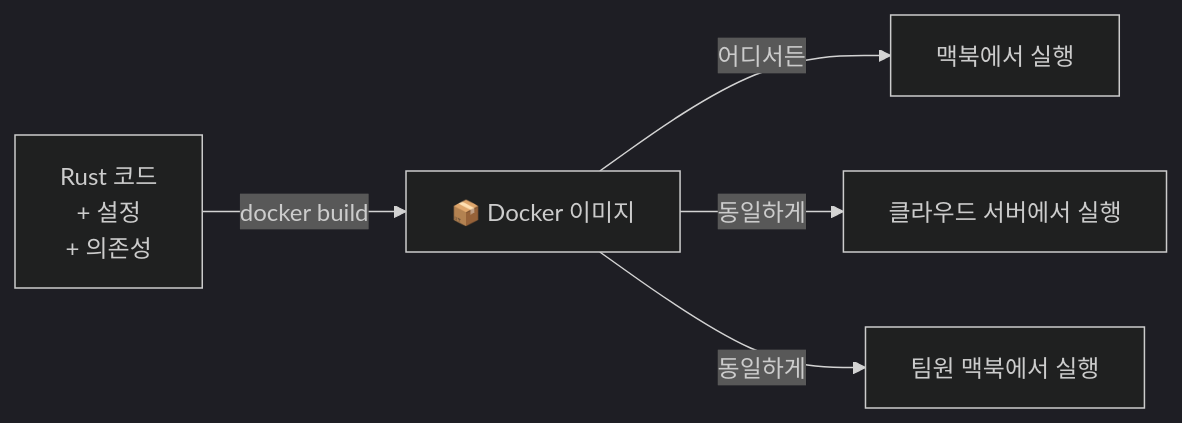
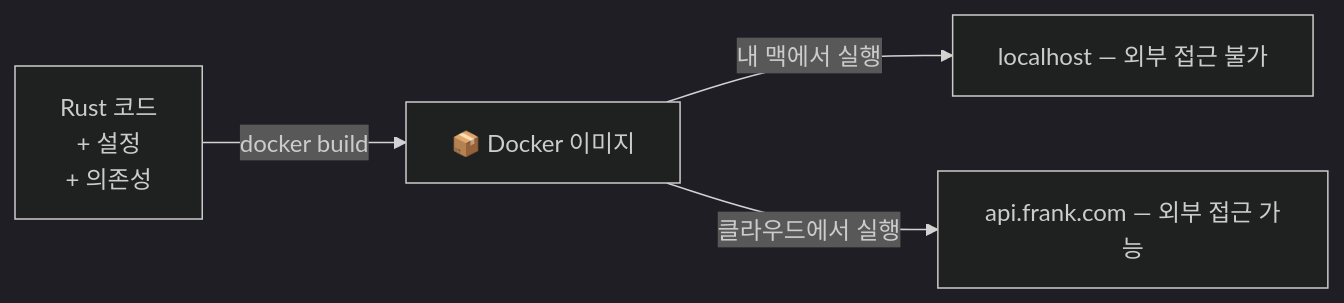
One commit to seungchan2022/frank changed the seventh of 22 diagrams in history/260408_개념정리.md. Above: the diagram before and after it, drawn with Mermaid (dark theme). The commit also changed other lines of this file and 3 other files, not shown here.

First line of the commit message:
docs: 인증·토큰·저장소 개념 정리 + Mermaid 도식화 HTML 추가

````diff
--- a/history/260408_개념정리.md
+++ b/history/260408_개념정리.md
@@ -172,7 +220,6 @@
 ```mermaid
 graph LR
     A[Rust 코드\n+ 설정\n+ 의존성] -->|docker build| B[📦 Docker 이미지]
-    B -->|어디서든| C[맥북에서 실행]
-    B -->|동일하게| D[클라우드 서버에서 실행]
-    B -->|동일하게| E[팀원 맥북에서 실행]
+    B -->|내 맥에서 실행| C[localhost — 외부 접근 불가]
+    B -->|클라우드에서 실행| D[api.frank.com — 외부 접근 가능]
 ```
````
